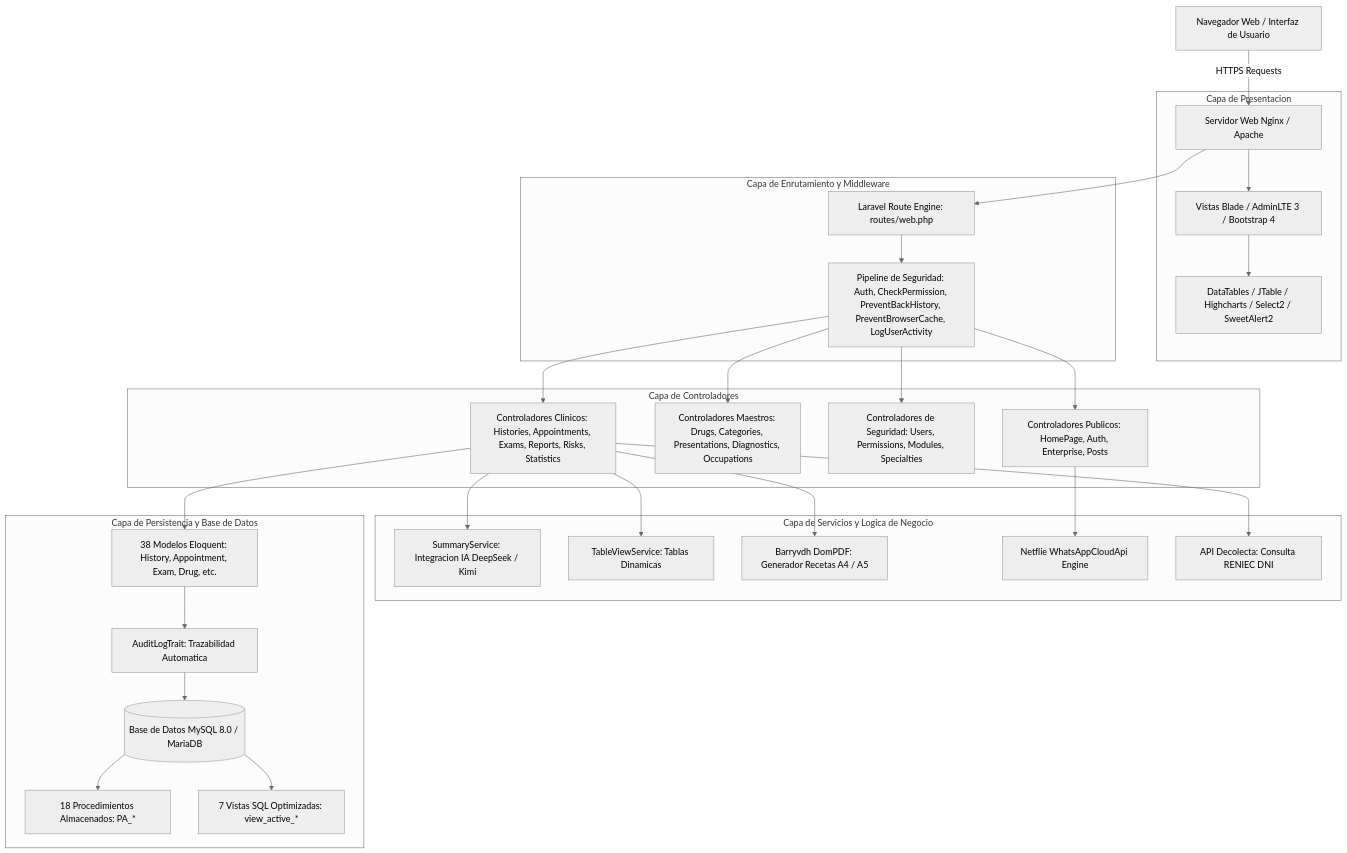
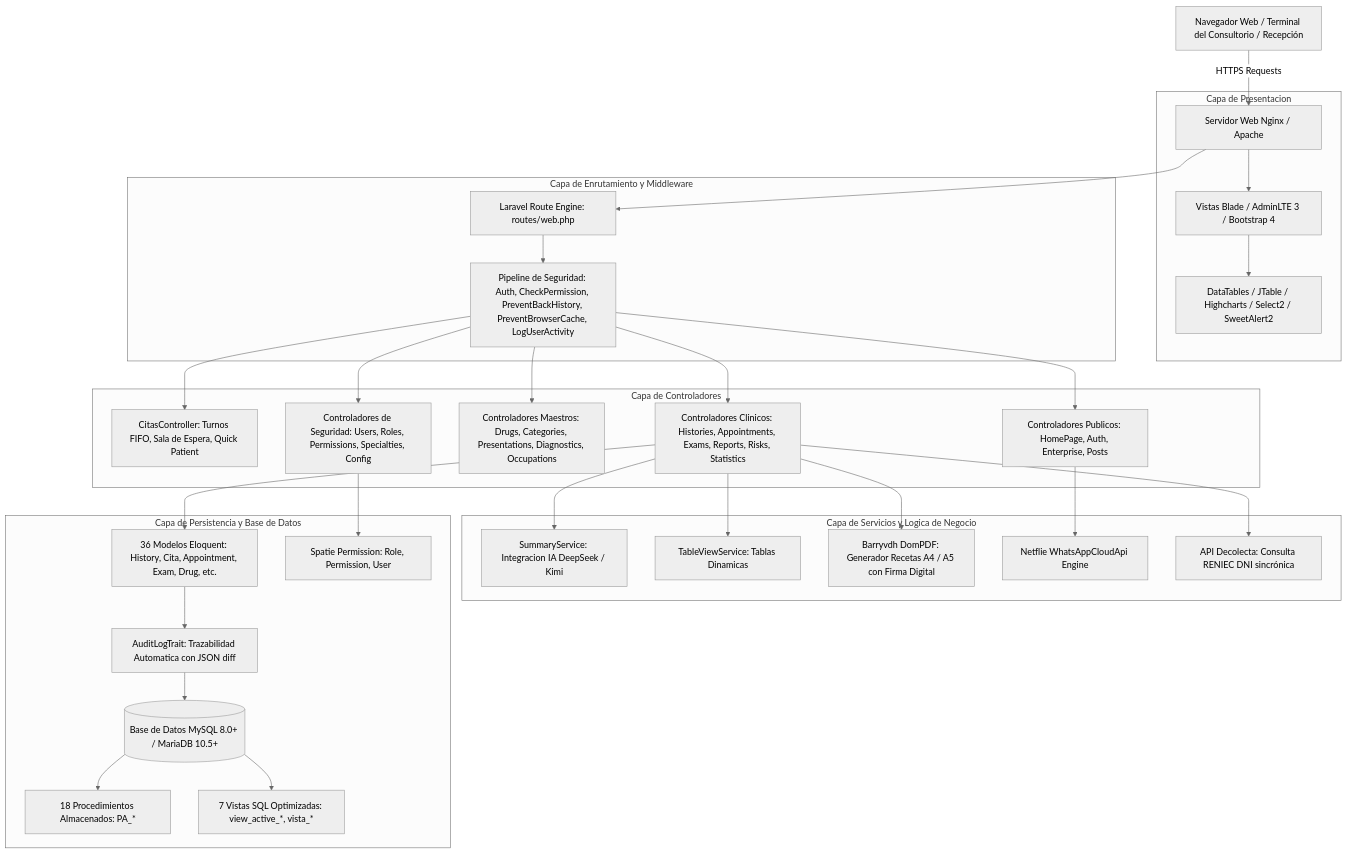
The first of 3 diagrams in PDR.md (gercova/neumolav), drawn with Mermaid (neutral theme) before and after one commit. The commit also changed other lines of this file and 2 other files, not shown here.

Commit message:
feat: documentación del sistema actualizado (PDR y README)

````diff
--- a/PDR.md
+++ b/PDR.md
@@ -91,37 +96,39 @@
 ```mermaid
 graph TD
-    ClientBrowser[Navegador Web / Interfaz de Usuario] -->|HTTPS Requests| ReverseProxy[Servidor Web Nginx / Apache]
+    ClientBrowser[Navegador Web / Terminal del Consultorio / Recepción] -->|HTTPS Requests| ReverseProxy[Servidor Web Nginx / Apache]
     
     subgraph Capa de Presentacion
         ReverseProxy --> BladeViews[Vistas Blade / AdminLTE 3 / Bootstrap 4]
         BladeViews --> ClientLibs[DataTables / JTable / Highcharts / Select2 / SweetAlert2]
     end
 
     subgraph Capa de Enrutamiento y Middleware
         ReverseProxy --> RouteEngine[Laravel Route Engine: routes/web.php]
         RouteEngine --> MiddlewarePipeline[Pipeline de Seguridad: Auth, CheckPermission, PreventBackHistory, PreventBrowserCache, LogUserActivity]
     end
 
     subgraph Capa de Controladores
+        MiddlewarePipeline --> CitasCtrl[CitasController: Turnos FIFO, Sala de Espera, Quick Patient]
         MiddlewarePipeline --> HclControllers[Controladores Clinicos: Histories, Appointments, Exams, Reports, Risks, Statistics]
         MiddlewarePipeline --> MaintControllers[Controladores Maestros: Drugs, Categories, Presentations, Diagnostics, Occupations]
-        MiddlewarePipeline --> SecControllers[Controladores de Seguridad: Users, Permissions, Modules, Specialties]
+        MiddlewarePipeline --> SecControllers[Controladores de Seguridad: Users, Roles, Permissions, Specialties, Config]
         MiddlewarePipeline --> WebControllers[Controladores Publicos: HomePage, Auth, Enterprise, Posts]
     end
 
     subgraph Capa de Servicios y Logica de Negocio
         HclControllers --> SummaryService[SummaryService: Integracion IA DeepSeek / Kimi]
         HclControllers --> TableViewService[TableViewService: Tablas Dinamicas]
-        HclControllers --> DomPdfEngine[Barryvdh DomPDF: Generador Recetas A4 / A5]
+        HclControllers --> DomPdfEngine[Barryvdh DomPDF: Generador Recetas A4 / A5 con Firma Digital]
         WebControllers --> WhatsAppApi[Netflie WhatsAppCloudApi Engine]
-        HclControllers --> ReniecApi[API Decolecta: Consulta RENIEC DNI]
+        HclControllers --> ReniecApi[API Decolecta: Consulta RENIEC DNI sincrónica]
     end
 
     subgraph Capa de Persistencia y Base de Datos
-        HclControllers --> EloquentModels[38 Modelos Eloquent: History, Appointment, Exam, Drug, etc.]
-        EloquentModels --> AuditTrait[AuditLogTrait: Trazabilidad Automatica]
-        AuditTrait --> DB[(Base de Datos MySQL 8.0 / MariaDB)]
+        HclControllers --> EloquentModels[36 Modelos Eloquent: History, Cita, Appointment, Exam, Drug, etc.]
+        SecControllers --> SpatieModels[Spatie Permission: Role, Permission, User]
+        EloquentModels --> AuditTrait[AuditLogTrait: Trazabilidad Automatica con JSON diff]
+        AuditTrait --> DB[(Base de Datos MySQL 8.0+ / MariaDB 10.5+)]
         DB --> StoredProcs[18 Procedimientos Almacenados: PA_*]
-        DB --> SqlViews[7 Vistas SQL Optimizadas: view_active_*]
+        DB --> SqlViews[7 Vistas SQL Optimizadas: view_active_*, vista_*]
     end
 ```
````
